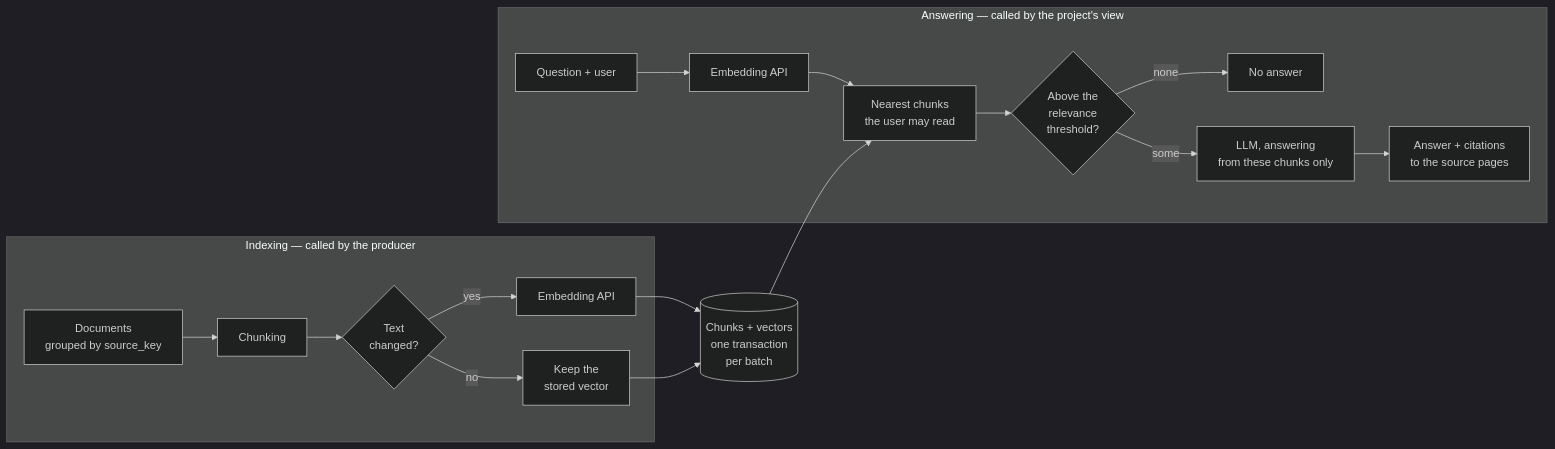
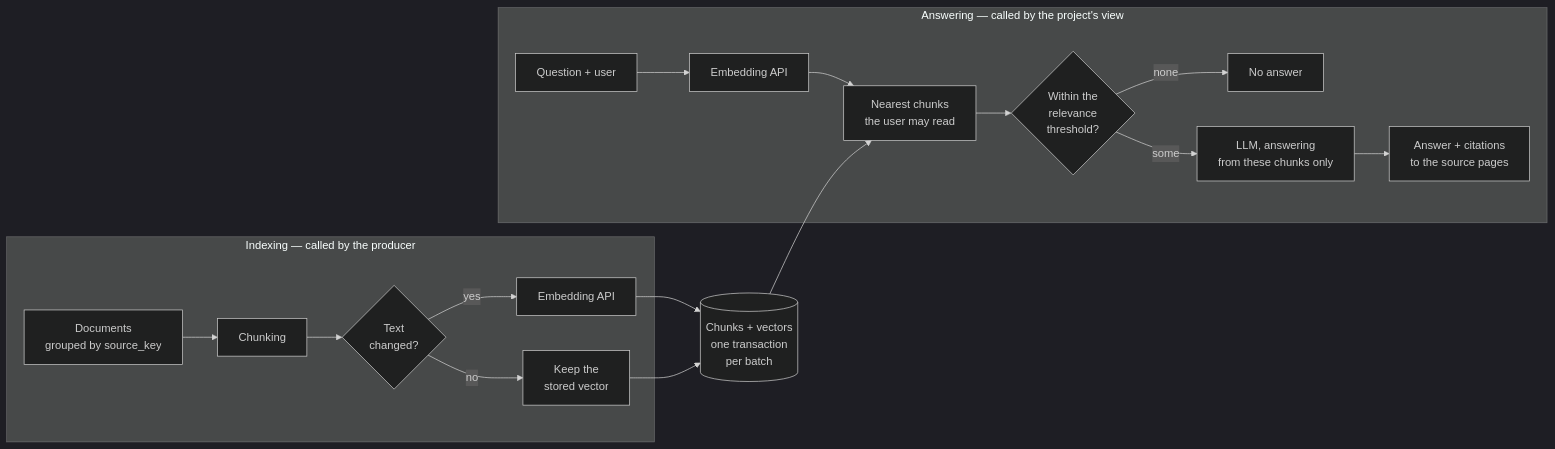
One commit to gtolivier/django-minimal-rag changed the second of 2 diagrams in ROADMAP.md. Above: the diagram before and after it, drawn with Mermaid (dark theme). The commit also changed other lines of this file, not shown here.

First line of the commit message:
docs: address the roadmap's review comments

````diff
--- a/ROADMAP.md
+++ b/ROADMAP.md
@@ -50,21 +51,21 @@
 ```mermaid
 flowchart LR
     subgraph indexing ["Indexing — called by the producer"]
         docs["Documents<br/>grouped by source_key"] --> chunk["Chunking"]
         chunk --> diff{"Text<br/>changed?"}
         diff -- "yes" --> embed["Embedding API"]
         diff -- "no" --> keep["Keep the<br/>stored vector"]
     end
     store[("Chunks + vectors<br/>one transaction<br/>per batch")]
     embed --> store
     keep --> store
     subgraph asking ["Answering — called by the project's view"]
         question["Question + user"] --> qembed["Embedding API"]
         qembed --> search["Nearest chunks<br/>the user may read"]
-        search --> threshold{"Above the<br/>relevance<br/>threshold?"}
+        search --> threshold{"Within the<br/>relevance<br/>threshold?"}
         threshold -- "none" --> nothing["No answer"]
         threshold -- "some" --> llm["LLM, answering<br/>from these chunks only"]
         llm --> cited["Answer + citations<br/>to the source pages"]
     end
     store --> search
 ```
````
